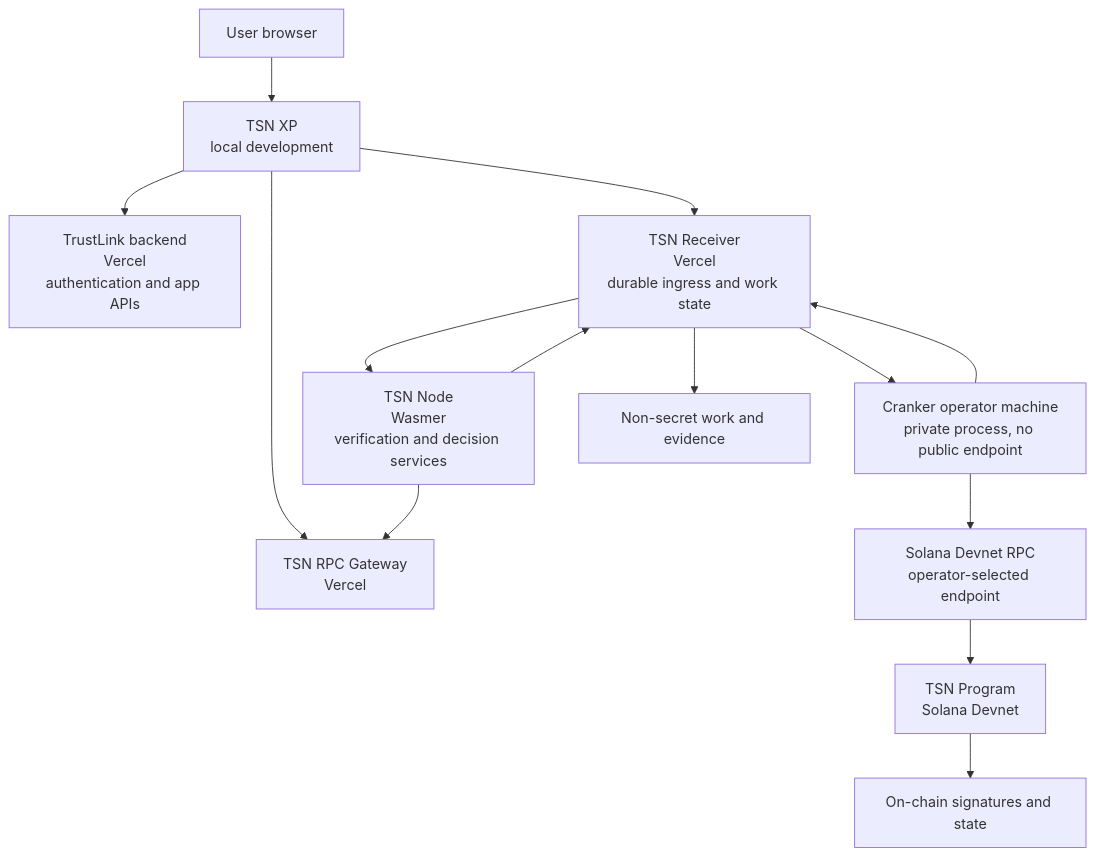
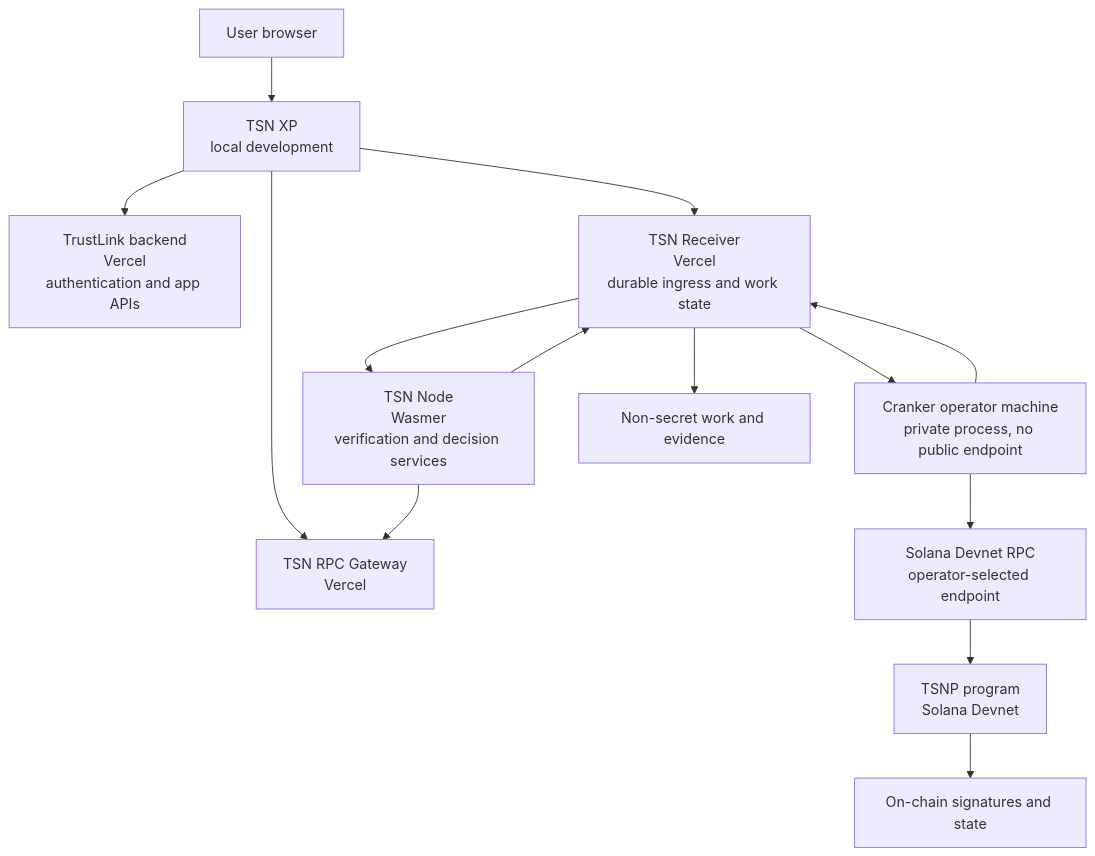
The diagram in docs/SERVICE-HOSTING.md (bigdreamsweb3/trustlink-pay), drawn with Mermaid before and after one commit. The commit also changed other lines of this file and 88 other files, not shown here.

````diff
--- a/docs/SERVICE-HOSTING.md
+++ b/docs/SERVICE-HOSTING.md
@@ -28,19 +28,19 @@
 ```mermaid
 flowchart TD
     USER["User browser"] --> FRONTEND["TSN XP\nlocal development"]
     FRONTEND --> BACKEND["TrustLink backend\nVercel\nauthentication and app APIs"]
     FRONTEND --> RECEIVER["TSN Receiver\nVercel\ndurable ingress and work state"]
     FRONTEND --> RPC["TSN RPC Gateway\nVercel"]
 
     RECEIVER --> NODE["TSN Node\nWasmer\nverification and decision services"]
     NODE --> RECEIVER
     NODE --> RPC
 
     RECEIVER --> CRANKER["Cranker operator machine\nprivate process, no public endpoint"]
     CRANKER --> RECEIVER
     CRANKER --> SOLANA_RPC["Solana Devnet RPC\noperator-selected endpoint"]
 
-    SOLANA_RPC --> PROGRAM["TSN Program\nSolana Devnet"]
+    SOLANA_RPC --> PROGRAM["TSNP program\nSolana Devnet"]
     PROGRAM --> RECEIPTS["On-chain signatures and state"]
     RECEIVER --> EVIDENCE["Non-secret work and evidence"]
 ```
````
